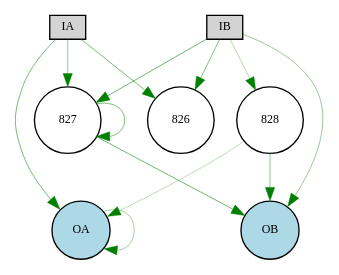
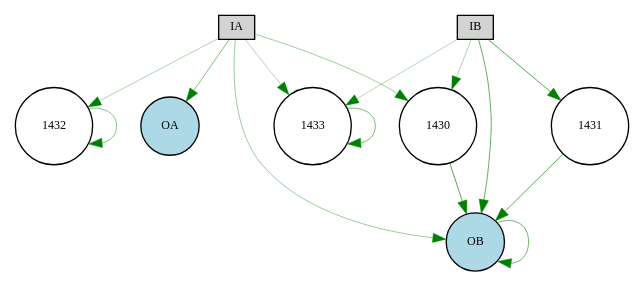
Before and after one commit to danxan/neuromorphic-evolution: the diagram in source/discrete_experiment/Digraph.gv, drawn with Graphviz. The commit also changed 6 other files, not shown here.

```diff
--- a/source/discrete_experiment/Digraph.gv
+++ b/source/discrete_experiment/Digraph.gv
@@ -1,21 +1,23 @@
 digraph {
 	node [fontsize=9 height=0.2 shape=circle width=0.2]
 	IA [fillcolor=lightgray shape=box style=filled]
 	IB [fillcolor=lightgray shape=box style=filled]
 	OA [fillcolor=lightblue style=filled]
 	OB [fillcolor=lightblue style=filled]
-	827 [fillcolor=white style=filled]
-	828 [fillcolor=white style=filled]
-	IA -> 826 [color=green penwidth=0.40444448449542925 style=solid]
-	IA -> 827 [color=green penwidth=0.3092000185044729 style=solid]
-	IB -> 826 [color=green penwidth=0.3694720716177866 style=solid]
-	IB -> 827 [color=green penwidth=0.43144241904648806 style=solid]
-	IB -> 828 [color=green penwidth=0.23734183774826692 style=solid]
-	827 -> OB [color=green penwidth=0.4300378934824579 style=solid]
-	828 -> OA [color=green penwidth=0.20094257710302701 style=solid]
-	828 -> OB [color=green penwidth=0.33812216426021924 style=solid]
-	IA -> OA [color=green penwidth=0.40418380891784433 style=solid]
-	IB -> OB [color=green penwidth=0.3069996630650434 style=solid]
-	OA -> OA [color=green penwidth=0.2781918345707862 style=solid]
-	827 -> 827 [color=green penwidth=0.39457447696391645 style=solid]
+	1431 [fillcolor=white style=filled]
+	1430 [fillcolor=white style=filled]
+	IA -> 1430 [color=green penwidth=0.297871894859743 style=solid]
+	IA -> 1432 [color=green penwidth=0.24529920151563972 style=solid]
+	IA -> 1433 [color=green penwidth=0.2364399069641456 style=solid]
+	IB -> 1430 [color=green penwidth=0.2578990300340386 style=solid]
+	IB -> 1431 [color=green penwidth=0.512797860132284 style=solid]
+	IB -> 1433 [color=green penwidth=0.23163330573841226 style=solid]
+	1430 -> OB [color=green penwidth=0.5038317375774538 style=solid]
+	1431 -> OB [color=green penwidth=0.5001680609931103 style=solid]
+	IA -> OA [color=green penwidth=0.37816875853125453 style=solid]
+	IA -> OB [color=green penwidth=0.3023175041093745 style=solid]
+	IB -> OB [color=green penwidth=0.4661540646748079 style=solid]
+	OB -> OB [color=green penwidth=0.4196806933718581 style=solid]
+	1432 -> 1432 [color=green penwidth=0.3591316433338583 style=solid]
+	1433 -> 1433 [color=green penwidth=0.40285009330204224 style=solid]
 }
```
